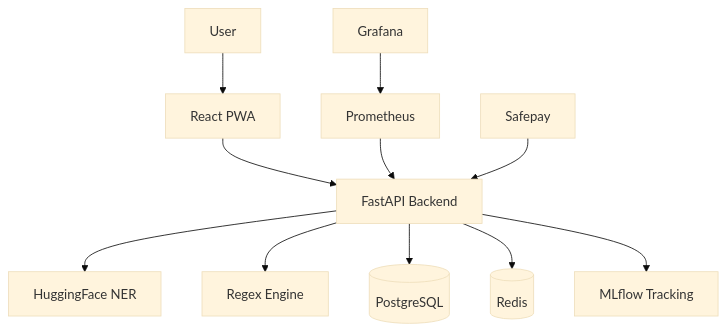
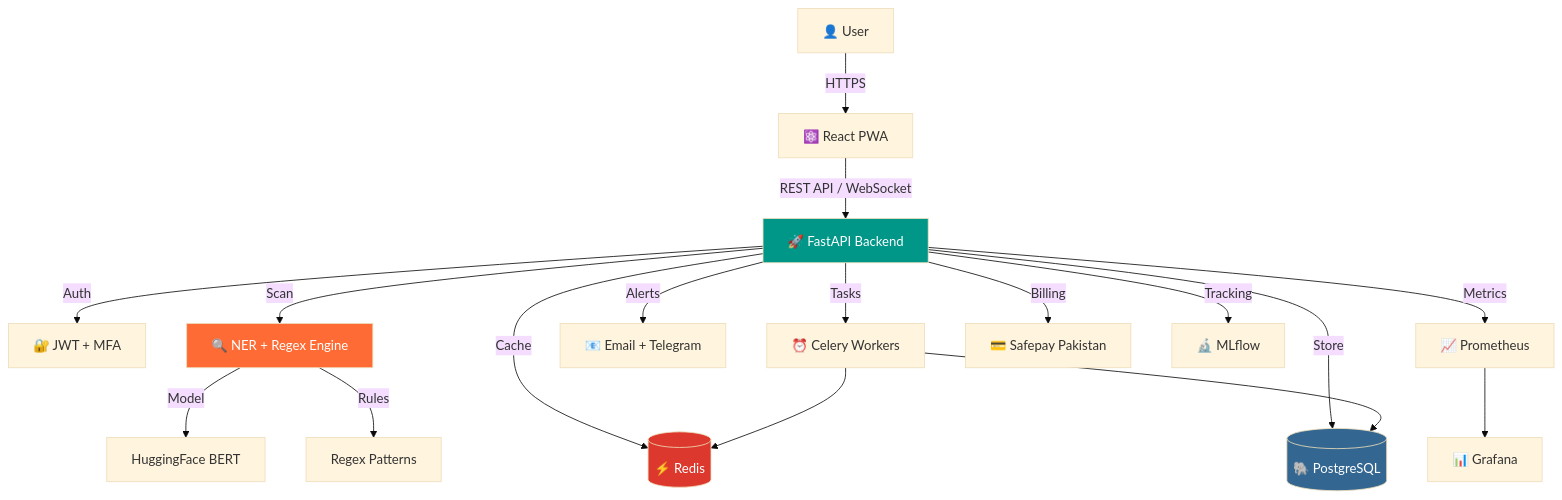
The fourth of 6 diagrams in README.md (Khan-Feroz211/MyCyber-Project), drawn with Mermaid (base theme) before and after one commit. The commit also changed other lines of this file, not shown here.

Commit message:
docs: enhanced README with badges, visual diagrams, latency benchmarks, test coverage, and detailed usage examples

````diff
--- a/README.md
+++ b/README.md
@@ -68,13 +181,30 @@
 ```mermaid
 graph TB
-    U[User] --> FE[React PWA]
-    FE --> API[FastAPI Backend]
-    API --> NER[HuggingFace NER]
-    API --> REX[Regex Engine]
-    API --> PG[(PostgreSQL)]
-    API --> RD[(Redis)]
-    API --> ML[MLflow Tracking]
-    PROM[Prometheus] --> API
-    GRAF[Grafana] --> PROM
-    SP[Safepay] --> API
+    U[👤 User] -->|HTTPS| FE[⚛️ React PWA]
+    FE -->|REST API / WebSocket| API[🚀 FastAPI Backend]
+    
+    API -->|Auth| AUTH[🔐 JWT + MFA]
+    API -->|Scan| SCAN[🔍 NER + Regex Engine]
+    API -->|Tasks| CELERY[⏰ Celery Workers]
+    API -->|Alerts| NOTIFY[📧 Email + Telegram]
+    
+    SCAN -->|Model| NER[HuggingFace BERT]
+    SCAN -->|Rules| REX[Regex Patterns]
+    
+    API -->|Cache| REDIS[(⚡ Redis)]
+    API -->|Store| PG[(🐘 PostgreSQL)]
+    
+    CELERY --> REDIS
+    CELERY --> PG
+    
+    API -->|Metrics| PROM[📈 Prometheus]
+    PROM --> GRAF[📊 Grafana]
+    
+    API -->|Billing| SP[💳 Safepay Pakistan]
+    API -->|Tracking| ML[🔬 MLflow]
+    
+    style API fill:#009688,color:#fff
+    style SCAN fill:#FF6B35,color:#fff
+    style PG fill:#336791,color:#fff
+    style REDIS fill:#DC382D,color:#fff
 ```
````
